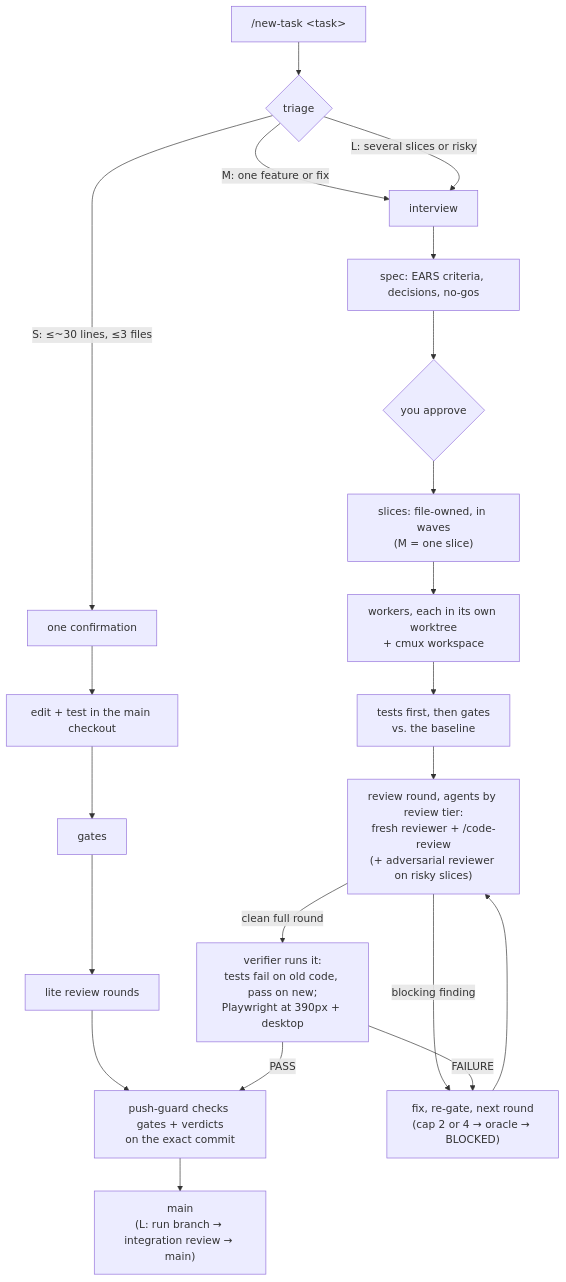
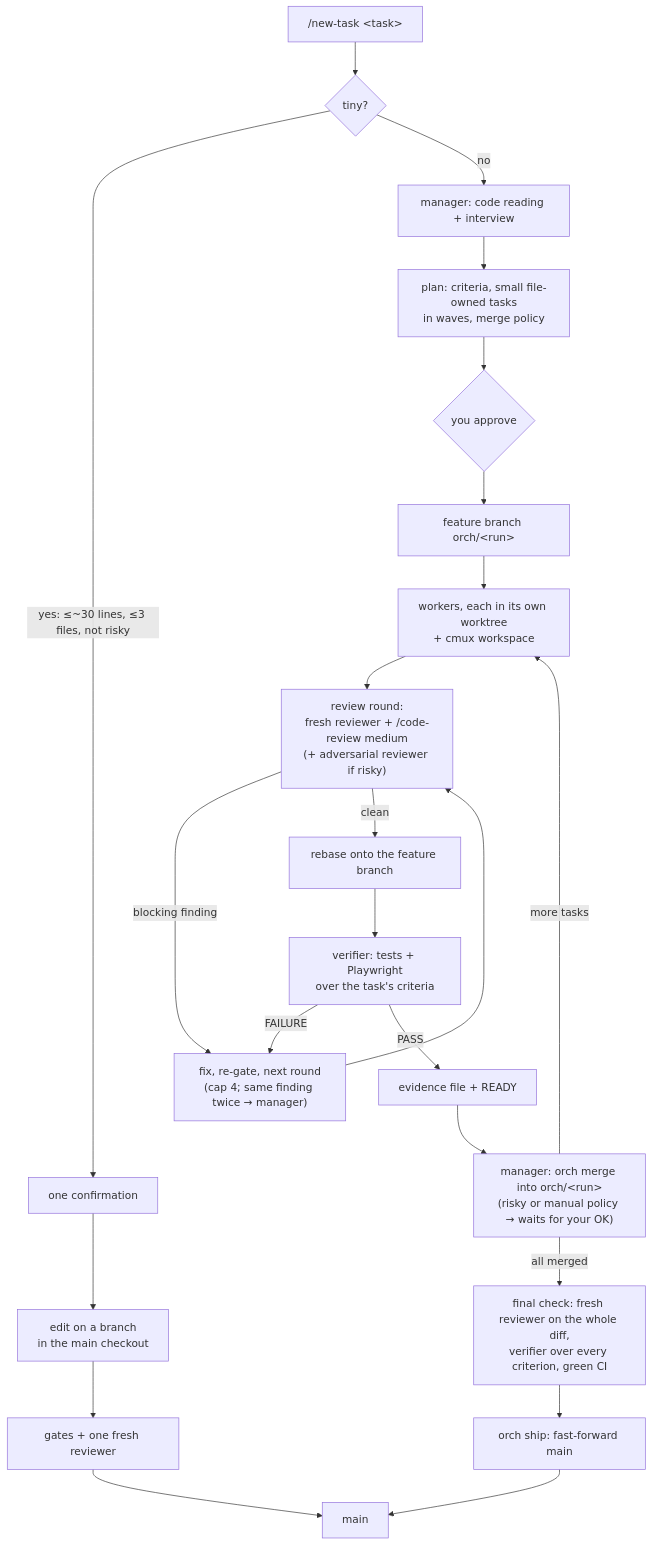
One commit to amaninderpreetsingh/claude-orchestra changed the diagram in README.md. Above: the diagram before and after it, drawn with Mermaid. The commit also changed other lines of this file and 5 other files, not shown here.

Commit message:
docs + installer: describe only the simple orchestra (tiny path or a plan on one feature branch, READY + evidence, manager merges and ships, three-rule guard); no Maestro/xcbeautify probe

````diff
--- a/README.md
+++ b/README.md
@@ -11,17 +11,18 @@
 ```mermaid
 flowchart TD
-  A["/new-task &lt;task&gt;"] --> T{"triage"}
-  T -->|"S: ≤~30 lines, ≤3 files"| S1["one confirmation"] --> S2["edit + test in the main checkout"] --> S3["gates"] --> S4["lite review rounds"] --> P
-  T -->|"M: one feature or fix"| I["interview"]
-  T -->|"L: several slices or risky"| I
-  I --> SP["spec: EARS criteria, decisions, no-gos"] --> AP{"you approve"}
-  AP --> SL["slices: file-owned, in waves<br/>(M = one slice)"]
-  SL --> W["workers, each in its own worktree<br/>+ cmux workspace"]
-  W --> G["tests first, then gates<br/>vs. the baseline"]
-  G --> R["review round, agents by review tier:<br/>fresh reviewer + /code-review<br/>(+ adversarial reviewer on risky slices)"]
-  R -->|"blocking finding"| F["fix, re-gate, next round<br/>(cap 2 or 4 → oracle → BLOCKED)"] --> R
-  R -->|"clean full round"| V["verifier runs it:<br/>tests fail on old code, pass on new;<br/>Playwright at 390px + desktop"]
+  A["/new-task &lt;task&gt;"] --> T{"tiny?"}
+  T -->|"yes: ≤~30 lines, ≤3 files, not risky"| S1["one confirmation"] --> S2["edit on a branch<br/>in the main checkout"] --> S3["gates + one fresh reviewer"] --> MAIN
+  T -->|"no"| I["manager: code reading + interview"]
+  I --> PL["plan: criteria, small file-owned tasks<br/>in waves, merge policy"] --> AP{"you approve"}
+  AP --> FB["feature branch orch/&lt;run&gt;"]
+  FB --> W["workers, each in its own worktree<br/>+ cmux workspace"]
+  W --> R["review round:<br/>fresh reviewer + /code-review medium<br/>(+ adversarial reviewer if risky)"]
+  R -->|"blocking finding"| F["fix, re-gate, next round<br/>(cap 4; same finding twice → manager)"] --> R
+  R -->|"clean"| RC["rebase onto the feature branch"] --> V["verifier: tests + Playwright<br/>over the task's criteria"]
   V -->|"FAILURE"| F
-  V -->|"PASS"| P["push-guard checks gates + verdicts<br/>on the exact commit"]
-  P --> M["main<br/>(L: run branch → integration review → main)"]
+  V -->|"PASS"| RD["evidence file + READY"]
+  RD --> MG["manager: orch merge into orch/&lt;run&gt;<br/>(risky or manual policy → waits for your OK)"]
+  MG -->|"more tasks"| W
+  MG -->|"all merged"| FC["final check: fresh reviewer on the whole diff,<br/>verifier over every criterion, green CI"]
+  FC --> SH["orch ship: fast-forward main"] --> MAIN["main"]
 ```
````
